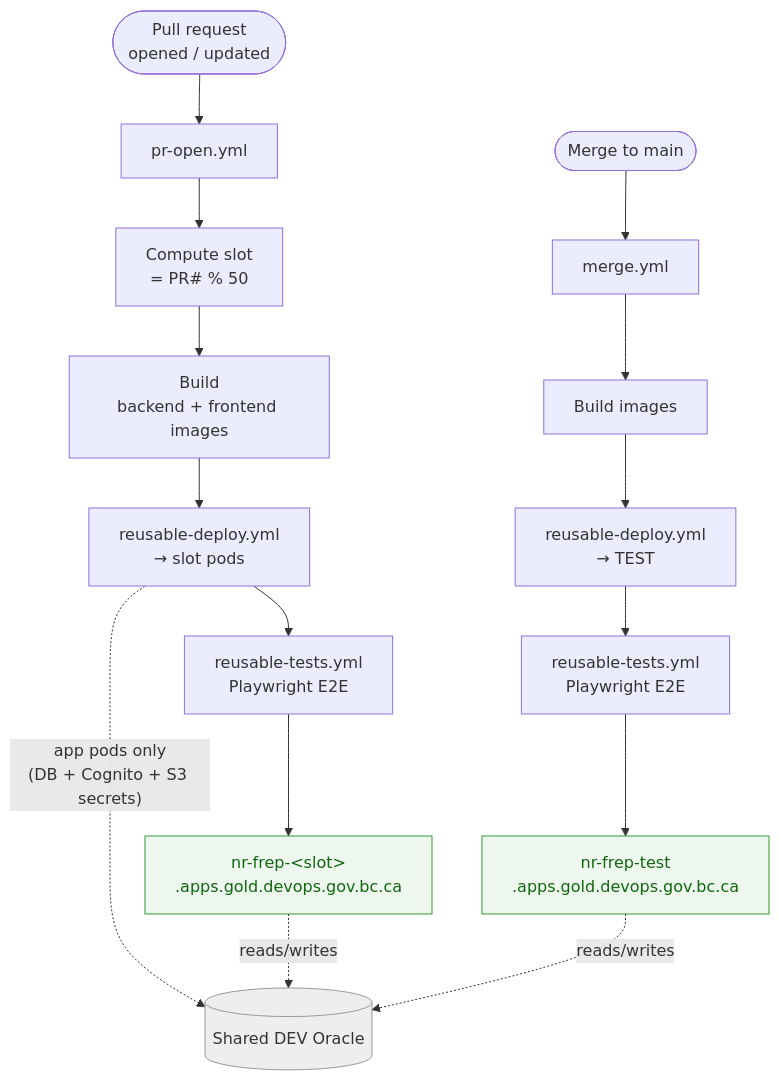
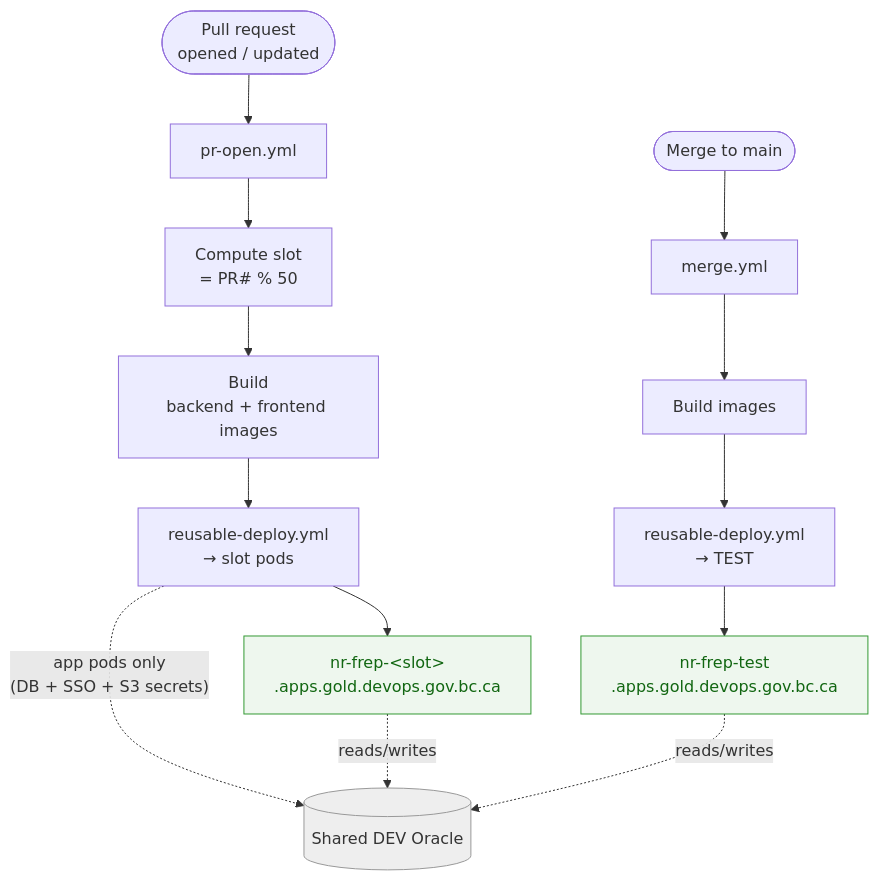
Before and after one commit to bcgov/nr-frep: the diagram in docs/deployment.md, drawn with Mermaid. The commit also changed other lines of this file and 93 other files, not shown here.

````diff
--- a/docs/deployment.md
+++ b/docs/deployment.md
@@ -41,26 +50,24 @@
 ```mermaid
 flowchart TD
     pr(["Pull request<br/>opened / updated"]) --> open["pr-open.yml"]
     merge(["Merge to main"]) --> mrg["merge.yml"]
 
     open --> slot["Compute slot<br/>= PR# % 50"]
     slot --> build1["Build<br/>backend + frontend images"]
     build1 --> dep1["reusable-deploy.yml<br/>→ slot pods"]
-    dep1 --> test1["reusable-tests.yml<br/>Playwright E2E"]
-    test1 --> url1["nr-frep-&lt;slot&gt;<br/>.apps.gold.devops.gov.bc.ca"]
+    dep1 --> url1["nr-frep-&lt;slot&gt;<br/>.apps.gold.devops.gov.bc.ca"]
 
     mrg --> build2["Build images"]
     build2 --> dep2["reusable-deploy.yml<br/>→ TEST"]
-    dep2 --> test2["reusable-tests.yml<br/>Playwright E2E"]
-    test2 --> url2["nr-frep-test<br/>.apps.gold.devops.gov.bc.ca"]
+    dep2 --> url2["nr-frep-test<br/>.apps.gold.devops.gov.bc.ca"]
 
     db[("Shared DEV Oracle")]
-    dep1 -. "app pods only<br/>(DB + Cognito + S3 secrets)" .-> db
+    dep1 -. "app pods only<br/>(DB + SSO + S3 secrets)" .-> db
     url1 -. reads/writes .-> db
     url2 -. reads/writes .-> db
 
     classDef target fill:#eef7ee,stroke:#393,color:#161;
     classDef store fill:#eee,stroke:#999,color:#333;
     class url1,url2 target;
     class db store;
 ```
````
